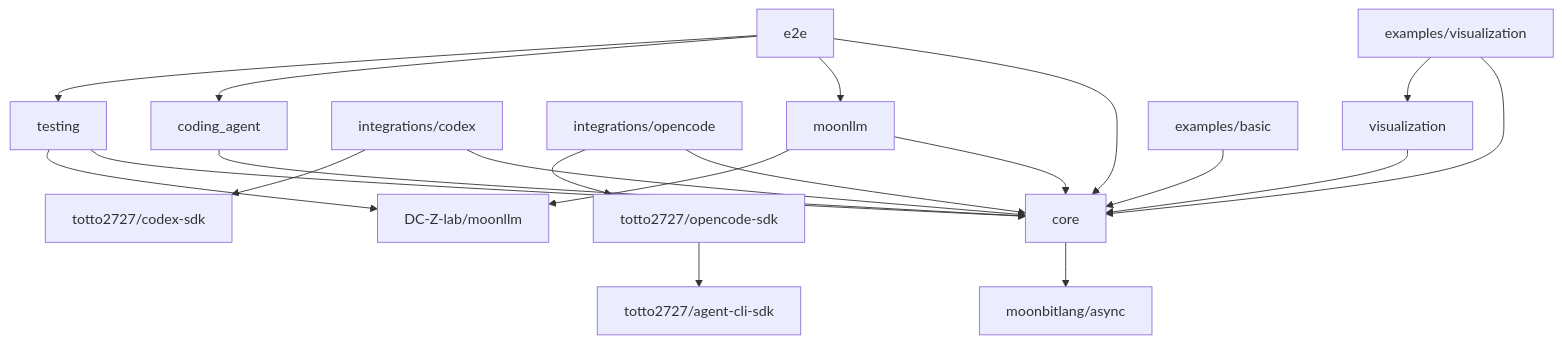
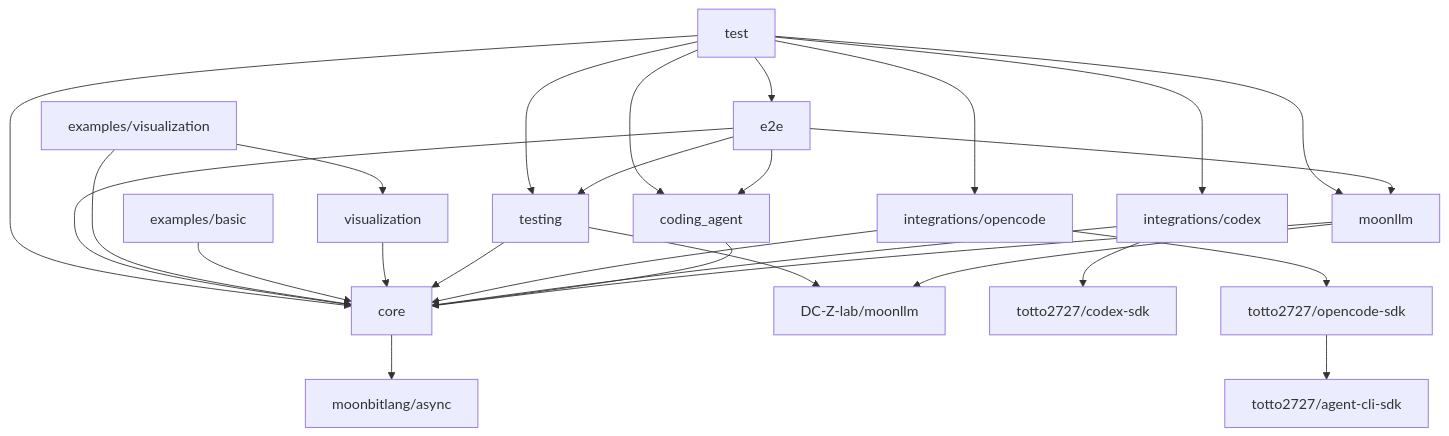
The first of 2 diagrams in mbt/package/moon-agent-graph/docs/implementation-plan.ja.md (totto2727-org/monorepo), drawn with Mermaid before and after one commit. The commit also changed other lines of this file and 31 other files, not shown here.

````diff
--- a/mbt/package/moon-agent-graph/docs/implementation-plan.ja.md
+++ b/mbt/package/moon-agent-graph/docs/implementation-plan.ja.md
@@ -58,22 +59,29 @@
 ```mermaid
 flowchart TD
   Core["core"] --> Async["moonbitlang/async"]
   MoonLLMNode["moonllm"] --> Core
   MoonLLMNode --> MoonLLMSDK["DC-Z-lab/moonllm"]
   Agent["coding_agent"] --> Core
   Codex["integrations/codex"] --> Core
   Codex --> CodexSDK["totto2727/codex-sdk"]
   OpenCode["integrations/opencode"] --> Core
   OpenCode --> OpenCodeSDK["totto2727/opencode-sdk"]
   OpenCodeSDK --> AgentCLI["totto2727/agent-cli-sdk"]
   Testing["testing"] --> Core
   Testing --> MoonLLMSDK
   Visualization["visualization"] --> Core
   Basic["examples/basic"] --> Core
   VisualizationExample["examples/visualization"] --> Core
   VisualizationExample --> Visualization
   E2E["e2e"] --> Core
   E2E --> MoonLLMNode
   E2E --> Agent
   E2E --> Testing
+  IntegrationTest["test"] --> Core
+  IntegrationTest --> MoonLLMNode
+  IntegrationTest --> Agent
+  IntegrationTest --> Codex
+  IntegrationTest --> OpenCode
+  IntegrationTest --> Testing
+  IntegrationTest --> E2E
 ```
````
